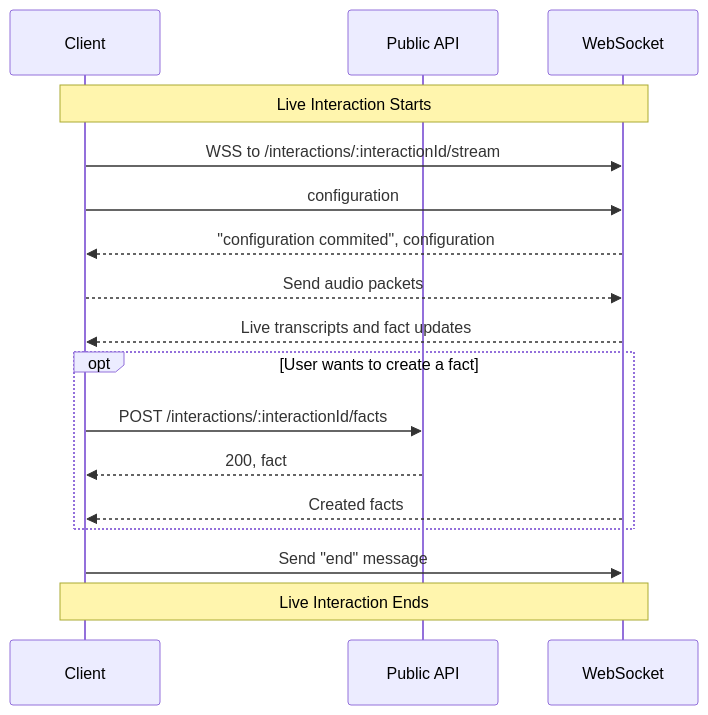
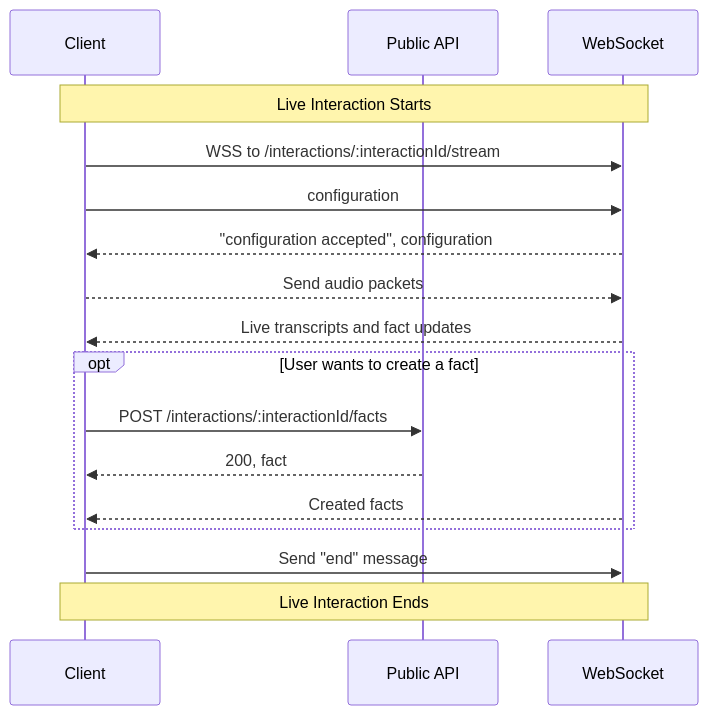
One commit to corticph/docs_corti changed the second of 4 diagrams in get_started/workflows.mdx. Above: the diagram before and after it, drawn with Mermaid. The commit also changed other lines of this file, not shown here.

````diff
--- a/get_started/workflows.mdx
+++ b/get_started/workflows.mdx
@@ -37,23 +37,23 @@
   ```mermaid
         sequenceDiagram
         participant Client
         participant Public API
         participant WebSocket
         note over Client, WebSocket: Live Interaction Starts
         Client->>WebSocket: WSS to /interactions/:interactionId/stream
         Client->>WebSocket: configuration
-        WebSocket-->>Client: "configuration commited", configuration
+        WebSocket-->>Client: "configuration accepted", configuration
 
         Client-->>WebSocket: Send audio packets
         WebSocket-->>Client: Live transcripts and fact updates
 
         opt User wants to create a fact
         Client ->> Public API: POST /interactions/:interactionId/facts
         Public API -->> Client: 200, fact
         WebSocket-->>Client: Created facts
         end 
 
         Client->>WebSocket: Send "end" message
 
         note over Client, WebSocket: Live Interaction Ends
     ```
````
